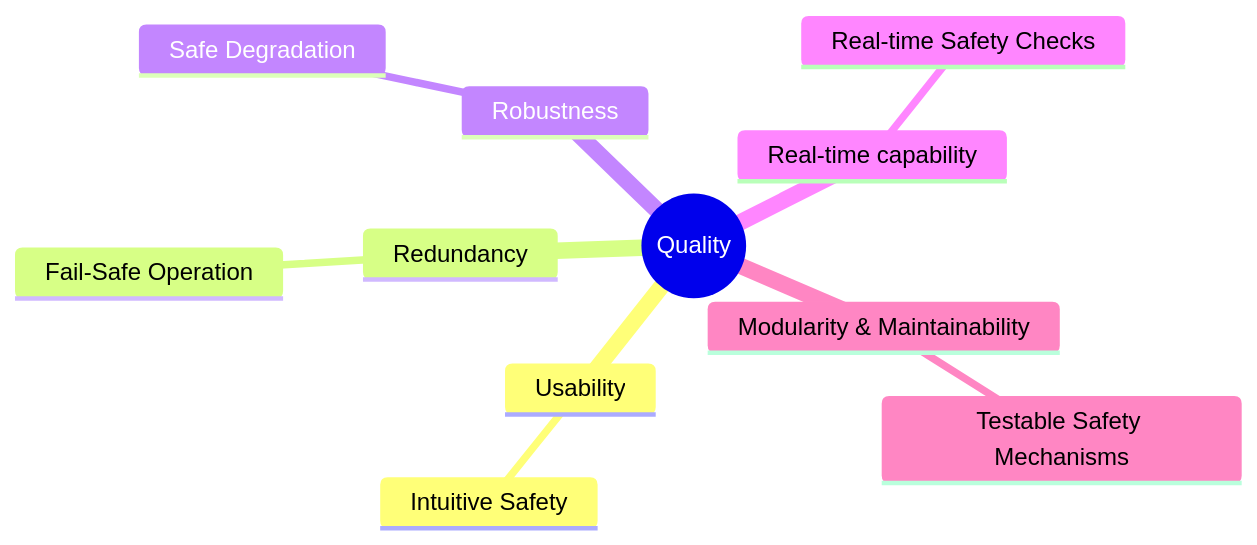
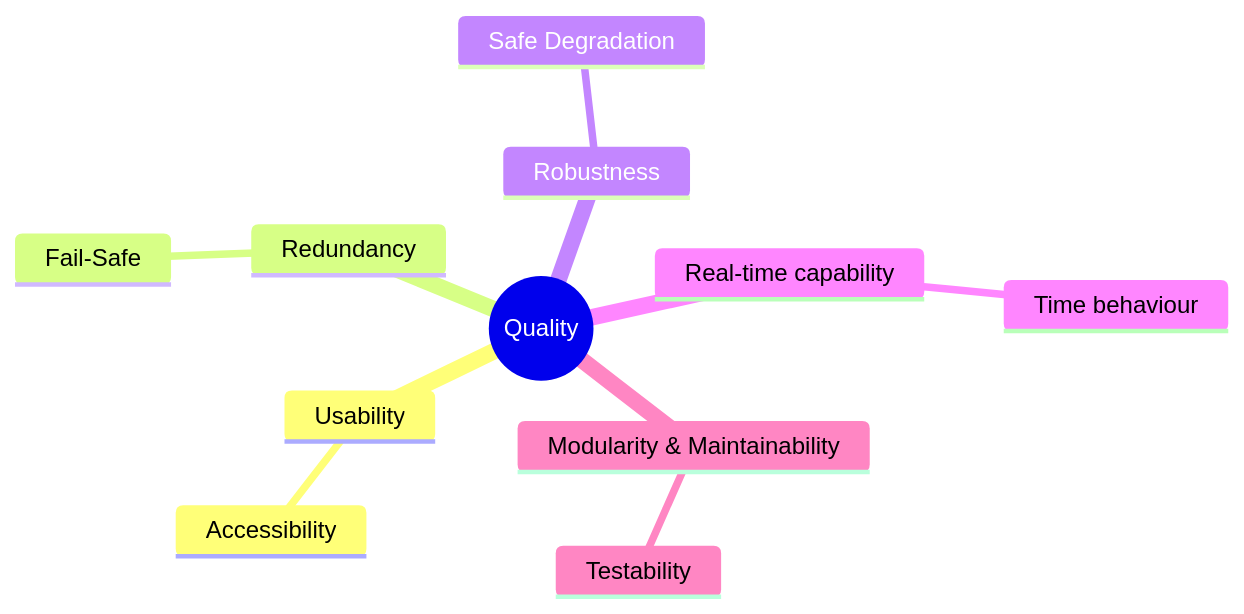
Before and after one commit to una-auxme/arlab: the sixth of 6 diagrams in doc/10. Quality Requirements.md, drawn with Mermaid. The commit also changed other lines of this file, not shown here.

Commit message:
'10. Quality Requirements.md' - All tables and graphics improved.

````diff
--- a/doc/10. Quality Requirements.md
+++ b/doc/10. Quality Requirements.md
@@ -191,14 +188,14 @@
 ```mermaid
 mindmap
   root((Quality))
     Usability
-      Intuitive Safety 
+      Accessibility
     Redundancy
-      Fail-Safe Operation
+      Fail-Safe
     Robustness
       Safe Degradation
     Real-time capability
-      Real-time Safety Checks
+      Time behaviour  
     Modularity & Maintainability
-      Testable Safety Mechanisms
+      Testability
 ```
````
